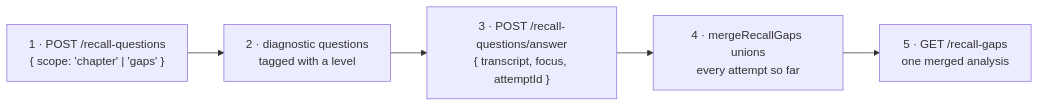
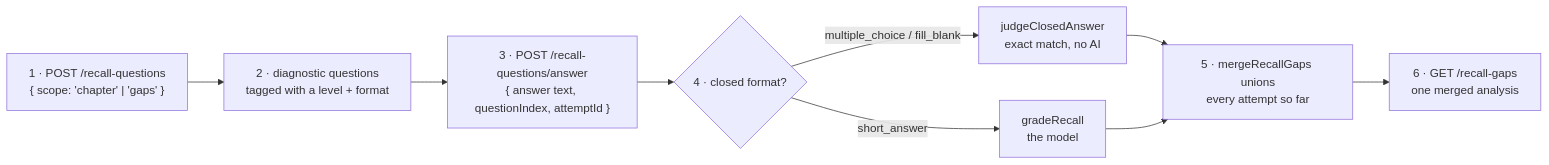
The ninth of 16 diagrams in docs/howItWorks/dataflow.md (redwivision/Kiftet), drawn with Mermaid before and after one commit. The commit also changed other lines of this file and 9 other files, not shown here.

````diff
--- a/docs/howItWorks/dataflow.md
+++ b/docs/howItWorks/dataflow.md
@@ -389,7 +393,11 @@
 ```mermaid
 flowchart LR
-  A["1 · POST /recall-questions<br/>{ scope: 'chapter' | 'gaps' }"] --> B["2 · diagnostic questions<br/>tagged with a level"]
-  B --> C["3 · POST /recall-questions/answer<br/>{ transcript, focus, attemptId }"]
-  C --> D["4 · mergeRecallGaps unions<br/>every attempt so far"]
-  D --> E["5 · GET /recall-gaps<br/>one merged analysis"]
+  A["1 · POST /recall-questions<br/>{ scope: 'chapter' | 'gaps' }"] --> B["2 · diagnostic questions<br/>tagged with a level + format"]
+  B --> C["3 · POST /recall-questions/answer<br/>{ answer text, questionIndex, attemptId }"]
+  C --> D{"4 · closed format?"}
+  D -->|"multiple_choice / fill_blank"| E["judgeClosedAnswer<br/>exact match, no AI"]
+  D -->|"short_answer"| F["gradeRecall<br/>the model"]
+  E --> G
+  F --> G["5 · mergeRecallGaps unions<br/>every attempt so far"]
+  G --> H["6 · GET /recall-gaps<br/>one merged analysis"]
 ```
````
